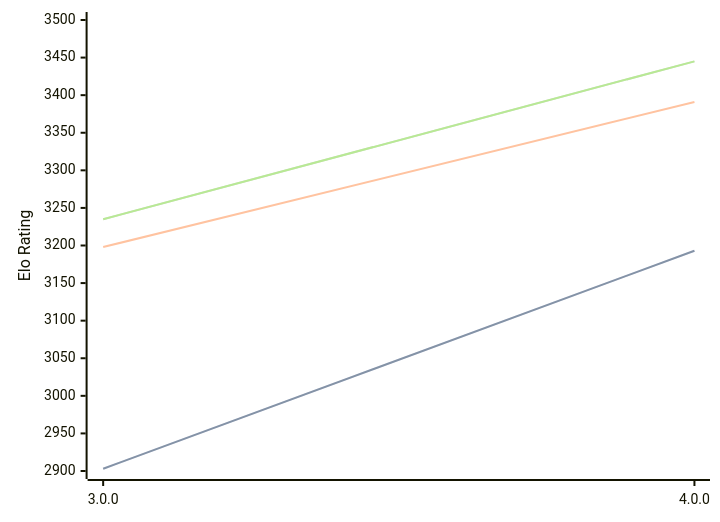
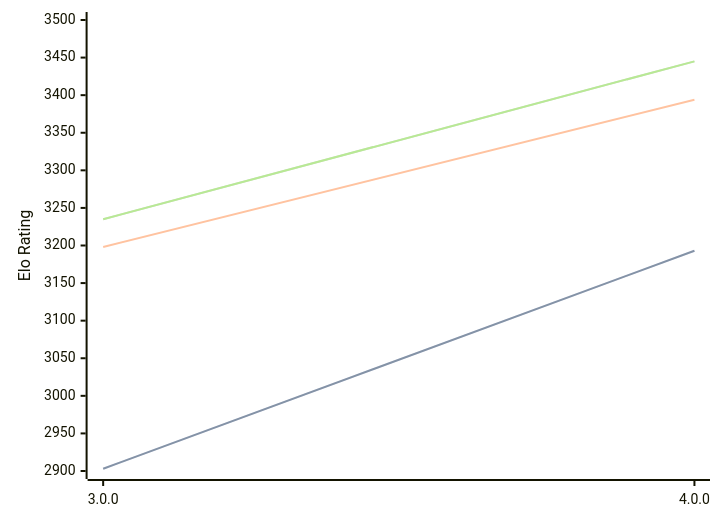
The diagram in engines/Avalanche.md (computer-chess-index/cci), drawn with Mermaid before and after one commit. The commit also changed other lines of this file, not shown here.

````diff
--- a/engines/Avalanche.md
+++ b/engines/Avalanche.md
@@ -32,11 +32,11 @@
 ```mermaid
 %%{init: {"theme":"base","themeVariables":{"seriesColors:['#a3a3a3','#222221','#faa371']}}}%%
 xychart-beta
   x-axis ["3.0.0", "4.0.0"]
   y-axis "Elo Rating" 2900 --> 3500
   line "" [2903, 3193]
   line "STC (8.0+0.08s)" [2903, 3193]
-  line "LTC (60.0+0.60s)" [3198, 3391]
+  line "LTC (60.0+0.60s)" [3198, 3394]
   line "" [3235, 3445]
   line "VLTC (2m24s+1.12s)" [3235, 3445]
 ```
````
